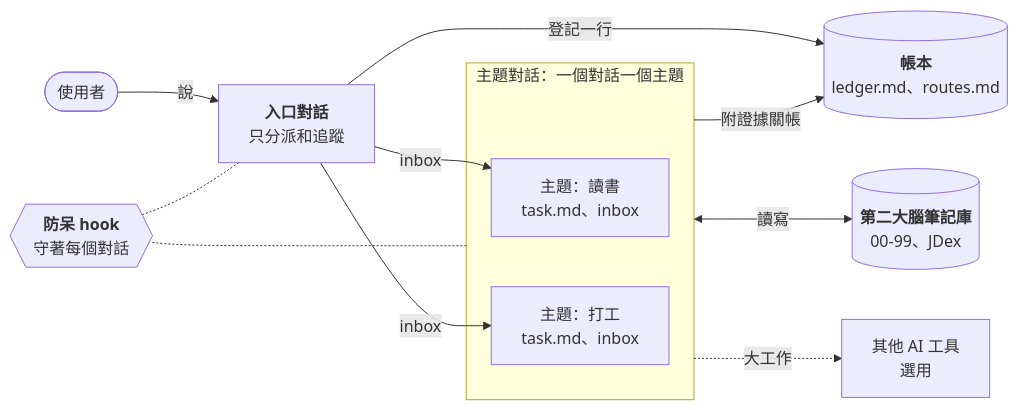
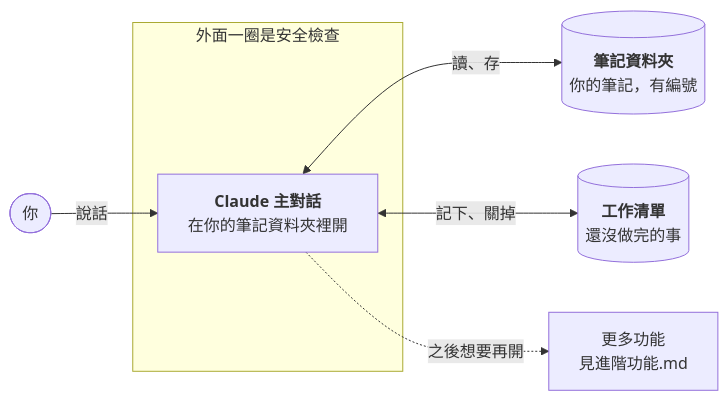
Before and after one commit to 0Smallcat0/second-brain-kit: the diagram in README.zh-TW.md, drawn with Mermaid. The commit also changed other lines of this file and 39 other files, not shown here.

````diff
--- a/README.zh-TW.md
+++ b/README.zh-TW.md
@@ -52,16 +43,10 @@
 ```mermaid
 flowchart LR
-  You(["使用者"]) -->|說| Entry["<b>入口對話</b><br/>只分派和追蹤"]
-  Entry -->|登記一行| Ledger[("<b>帳本</b><br/>ledger.md、routes.md")]
-  subgraph Topics["主題對話：一個對話一個主題"]
-    TA["主題：讀書<br/>task.md、inbox"]
-    TB["主題：打工<br/>task.md、inbox"]
+  You(["你"]) -->|說話| Main
+  subgraph Checks["外面一圈是安全檢查"]
+    Main["<b>Claude 主對話</b><br/>在你的筆記資料夾裡開"]
   end
-  Entry -->|inbox| TA
-  Entry -->|inbox| TB
-  Topics -->|附證據關帳| Ledger
-  Topics <-->|讀寫| Vault[("<b>第二大腦筆記庫</b><br/>00-99、JDex")]
-  Topics -.->|大工作| Tools["其他 AI 工具<br/>選用"]
-  Hooks{{"<b>防呆 hook</b><br/>守著每個對話"}} -.- Entry
-  Hooks -.- Topics
+  Main <-->|讀、存| Notes[("<b>筆記資料夾</b><br/>你的筆記，有編號")]
+  Main <-->|記下、關掉| Work[("<b>工作清單</b><br/>還沒做完的事")]
+  Main -.->|之後想要再開| Adv["更多功能<br/>見進階功能.md"]
 ```
````
